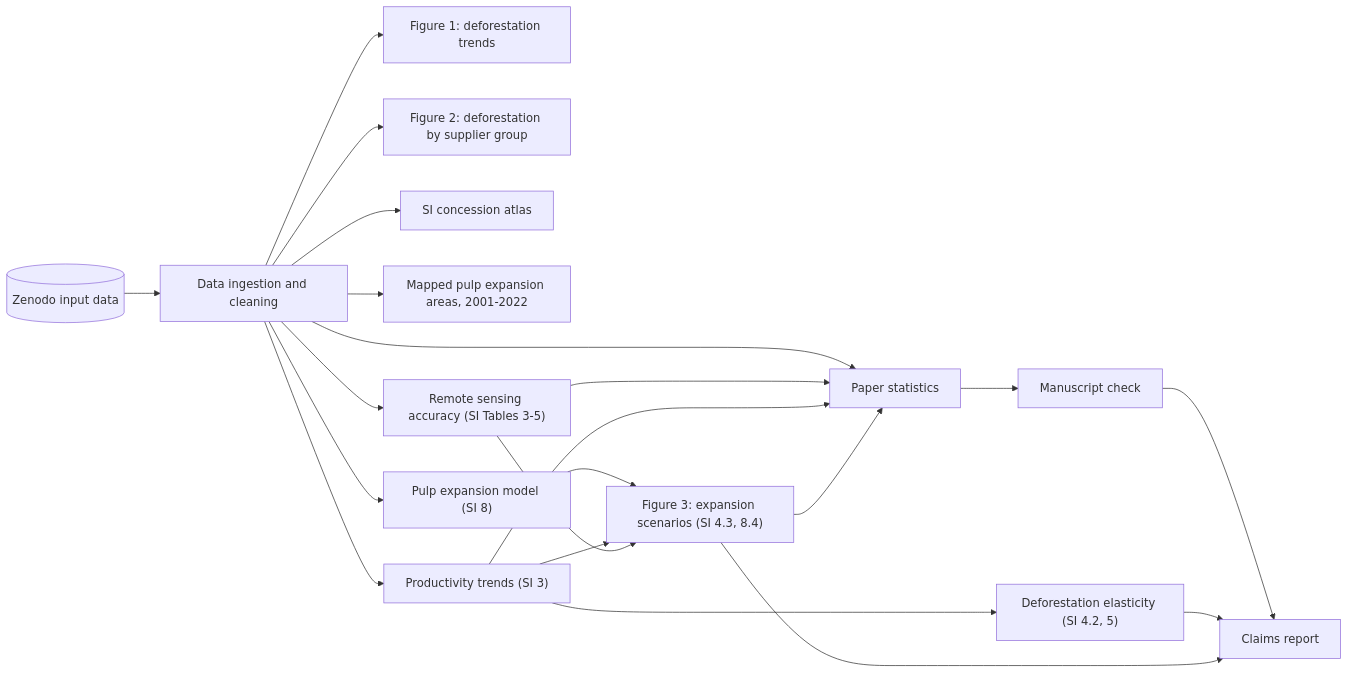
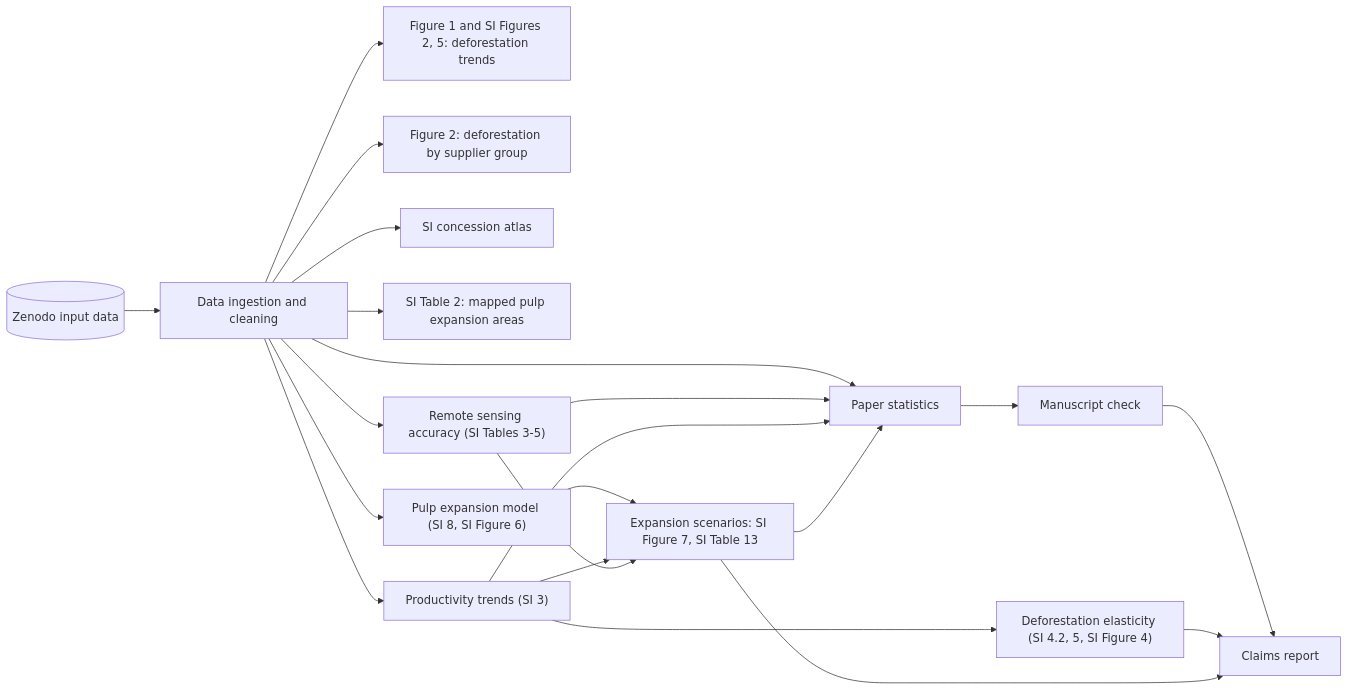
One commit to jasonjb82/heilmayr-indo-pulp-deforestation-2026 changed the diagram in docs/pipeline_overview.mmd. Above: the diagram before and after it, drawn with Mermaid.

Commit message:
Update pipeline figure references
align pipeline overview labels with the latest figure and supplementary table references.

```diff
--- a/docs/pipeline_overview.mmd
+++ b/docs/pipeline_overview.mmd
@@ -1,21 +1,21 @@
 graph LR
   Z[("Zenodo input data")] --> B["Data ingestion and cleaning"]
-  B --> F1["Figure 1: deforestation trends"]
+  B --> F1["Figure 1 and SI Figures 2, 5: deforestation trends"]
   B --> F2["Figure 2: deforestation by supplier group"]
   B --> AT["SI concession atlas"]
-  B --> T2["Mapped pulp expansion areas, 2001-2022"]
+  B --> T2["SI Table 2: mapped pulp expansion areas"]
   B --> RS["Remote sensing accuracy (SI Tables 3-5)"]
   B --> MAI["Productivity trends (SI 3)"]
-  B --> RF["Pulp expansion model (SI 8)"]
-  MAI --> EL["Deforestation elasticity (SI 4.2, 5)"]
-  RF --> SC["Figure 3: expansion scenarios (SI 4.3, 8.4)"]
+  B --> RF["Pulp expansion model (SI 8, SI Figure 6)"]
+  MAI --> EL["Deforestation elasticity (SI 4.2, 5, SI Figure 4)"]
+  RF --> SC["Expansion scenarios: SI Figure 7, SI Table 13"]
   MAI --> SC
   RS --> SC
   B --> PS["Paper statistics"]
   RS --> PS
   MAI --> PS
   SC --> PS
   PS --> MC["Manuscript check"]
   MC --> CR["Claims report"]
   EL --> CR
   SC --> CR
```
